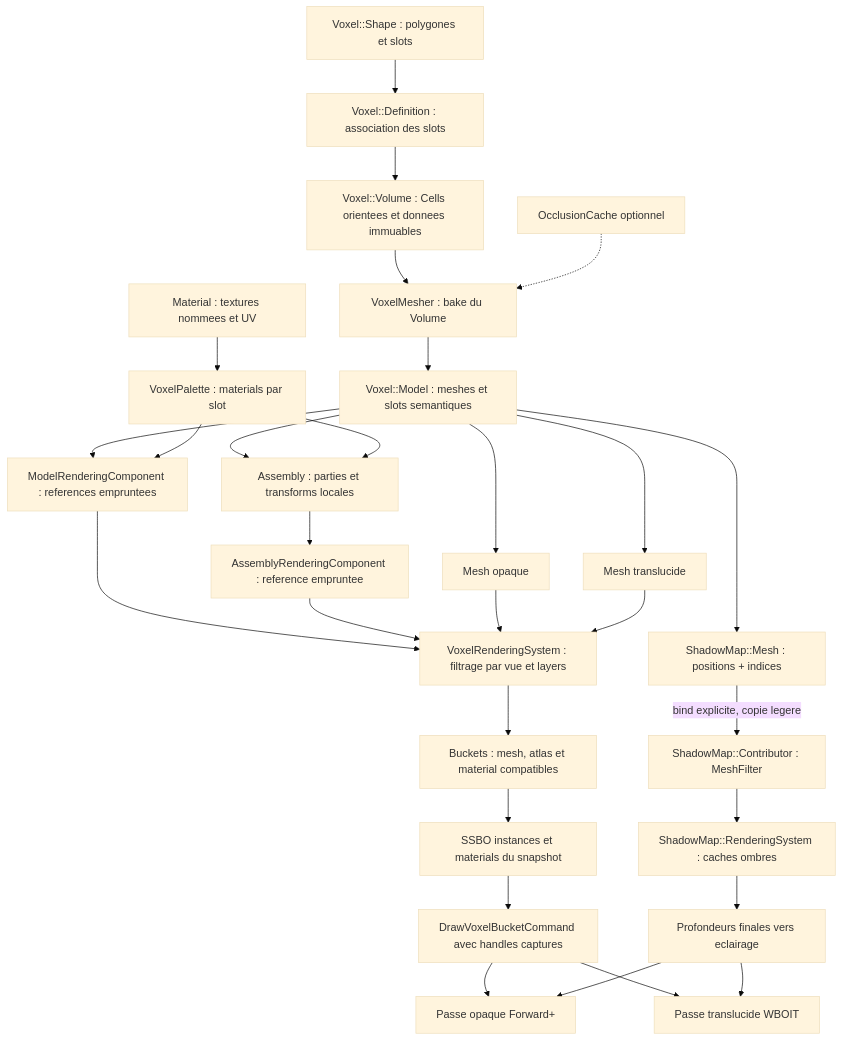
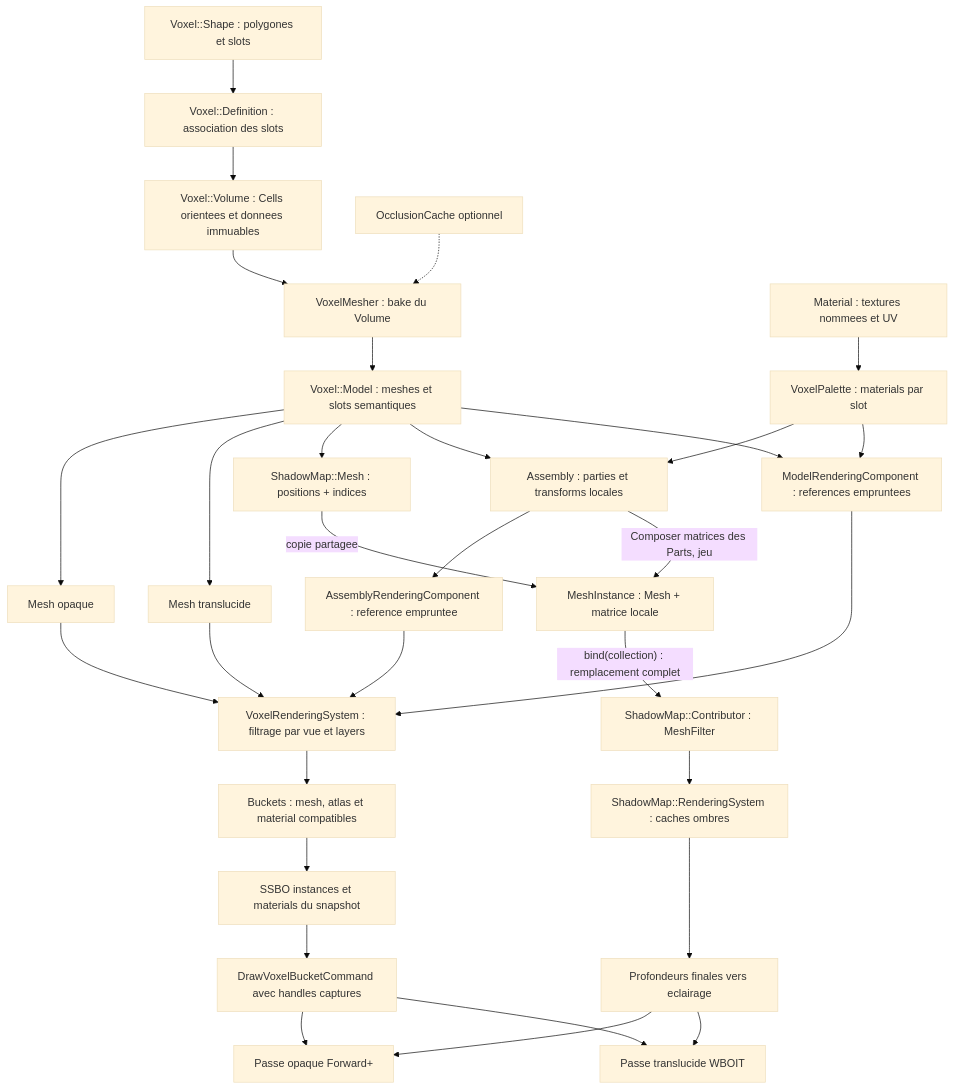
Before and after one commit to EreliaStudio/Sparkle: diagram 21 of 23 in docs/voxel-engine-v0.1.4-specification.md, drawn with Mermaid (base theme). The commit also changed other lines of this file, not shown here.

Commit message:
docs(v0.1.4): update shadow binding diagrams, animation sequence and A1 acceptance tests

````diff
--- a/docs/voxel-engine-v0.1.4-specification.md
+++ b/docs/voxel-engine-v0.1.4-specification.md
@@ -1442,31 +1479,33 @@
 ```mermaid
 flowchart TD
     Shape["Voxel::Shape : polygones et slots"] --> Definition["Voxel::Definition : association des slots"]
     Definition --> Volume["Voxel::Volume : Cells orientees et donnees immuables"]
     Volume --> Mesher["VoxelMesher : bake du Volume"]
     Occlusion["OcclusionCache optionnel"] -.-> Mesher
     Mesher --> Model["Voxel::Model : meshes et slots semantiques"]
     Model --> Opaque["Mesh opaque"]
     Model --> Translucent["Mesh translucide"]
     Model --> ShadowDepth["ShadowMap::Mesh : positions + indices"]
     Material["Material : textures nommees et UV"] --> Palette["VoxelPalette : materials par slot"]
     Model --> Assembly["Assembly : parties et transforms locales"]
     Palette --> Assembly
     Model --> ModelComp["ModelRenderingComponent : references empruntees"]
     Palette --> ModelComp
     Assembly --> AssemblyComp["AssemblyRenderingComponent : reference empruntee"]
     ModelComp --> VR["VoxelRenderingSystem : filtrage par vue et layers"]
     AssemblyComp --> VR
     Opaque --> VR
     Translucent --> VR
     VR --> Buckets["Buckets : mesh, atlas et material compatibles"]
     Buckets --> SSBO["SSBO instances et materials du snapshot"]
     SSBO --> Draw["DrawVoxelBucketCommand avec handles captures"]
     Draw --> Forward["Passe opaque Forward+"]
     Draw --> WBOIT["Passe translucide WBOIT"]
-    ShadowDepth -->|"bind explicite, copie legere"| Caster["ShadowMap::Contributor : MeshFilter"]
+    ShadowDepth -->|"copie partagee"| MeshPart["MeshInstance : Mesh + matrice locale"]
+    Assembly -->|"Composer matrices des Parts, jeu"| MeshPart
+    MeshPart -->|"bind(collection) : remplacement complet"| Caster["ShadowMap::Contributor : MeshFilter"]
     Caster --> Shadow["ShadowMap::RenderingSystem : caches ombres"]
     Shadow --> Light["Profondeurs finales vers eclairage"]
     Light --> Forward
     Light --> WBOIT
 ```
````
